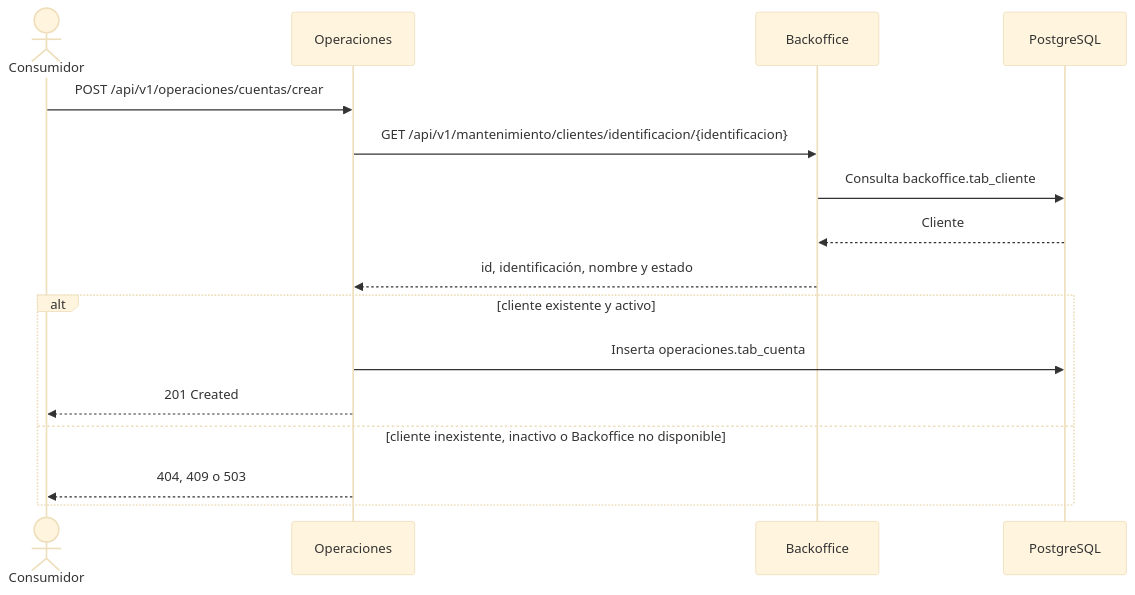
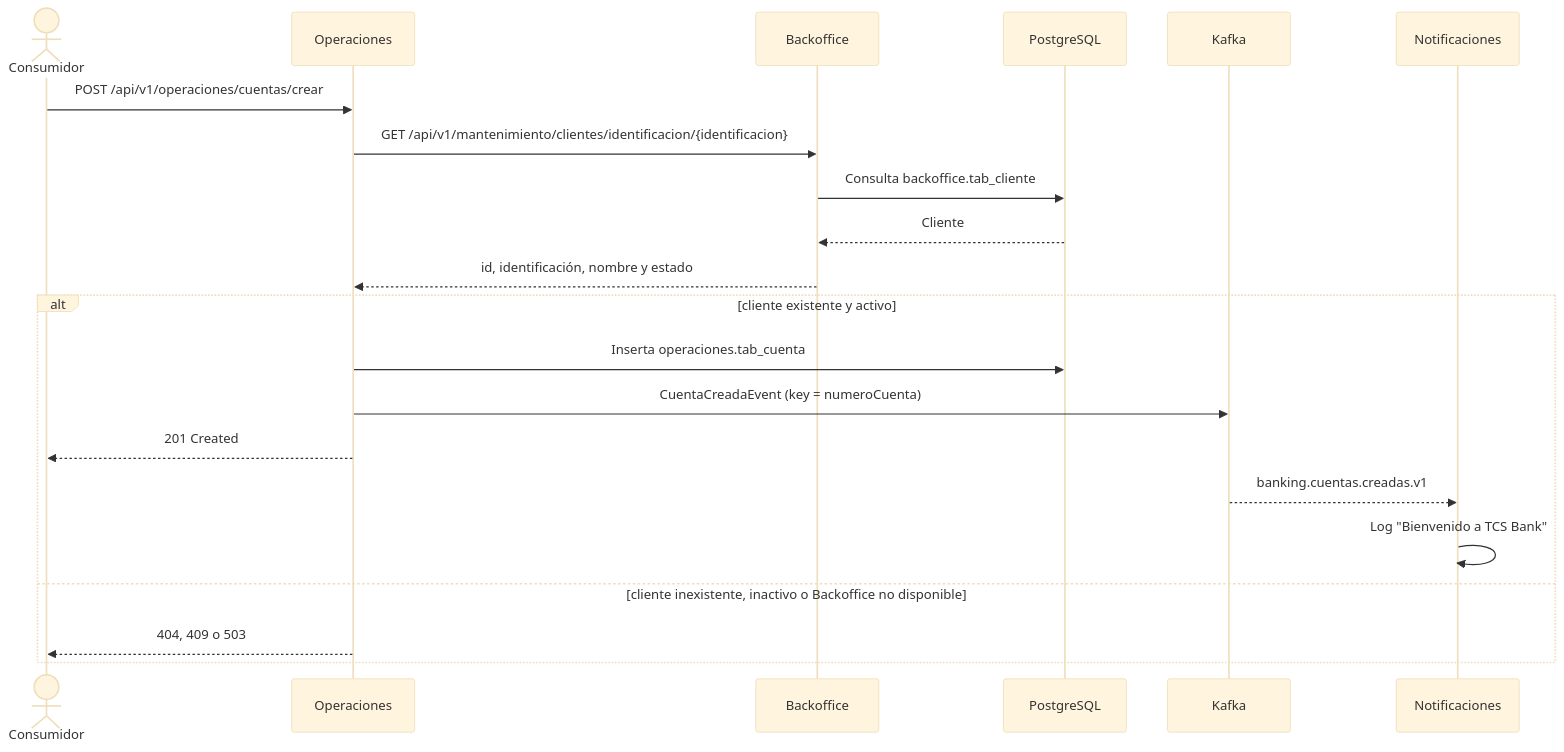
One commit to lvillagran/tcs-banking-test changed the third of 9 diagrams in README.md. Above: the diagram before and after it, drawn with Mermaid (base theme). The commit also changed other lines of this file and 47 other files, not shown here.

Commit message:
BANK-20260810-0142 [feat]: add Kafka notifications for accounts and transactions (#5)

````diff
--- a/README.md
+++ b/README.md
@@ -72,19 +139,24 @@
 ```mermaid
 sequenceDiagram
     actor Consumer as Consumidor
     participant Operaciones
     participant Backoffice
     participant PostgreSQL
+    participant Kafka
+    participant Notificaciones
 
     Consumer->>Operaciones: POST /api/v1/operaciones/cuentas/crear
     Operaciones->>Backoffice: GET /api/v1/mantenimiento/clientes/identificacion/{identificacion}
     Backoffice->>PostgreSQL: Consulta backoffice.tab_cliente
     PostgreSQL-->>Backoffice: Cliente
     Backoffice-->>Operaciones: id, identificación, nombre y estado
     alt cliente existente y activo
         Operaciones->>PostgreSQL: Inserta operaciones.tab_cuenta
+        Operaciones->>Kafka: CuentaCreadaEvent (key = numeroCuenta)
         Operaciones-->>Consumer: 201 Created
+        Kafka-->>Notificaciones: banking.cuentas.creadas.v1
+        Notificaciones->>Notificaciones: Log "Bienvenido a TCS Bank"
     else cliente inexistente, inactivo o Backoffice no disponible
         Operaciones-->>Consumer: 404, 409 o 503
     end
 ```
````
